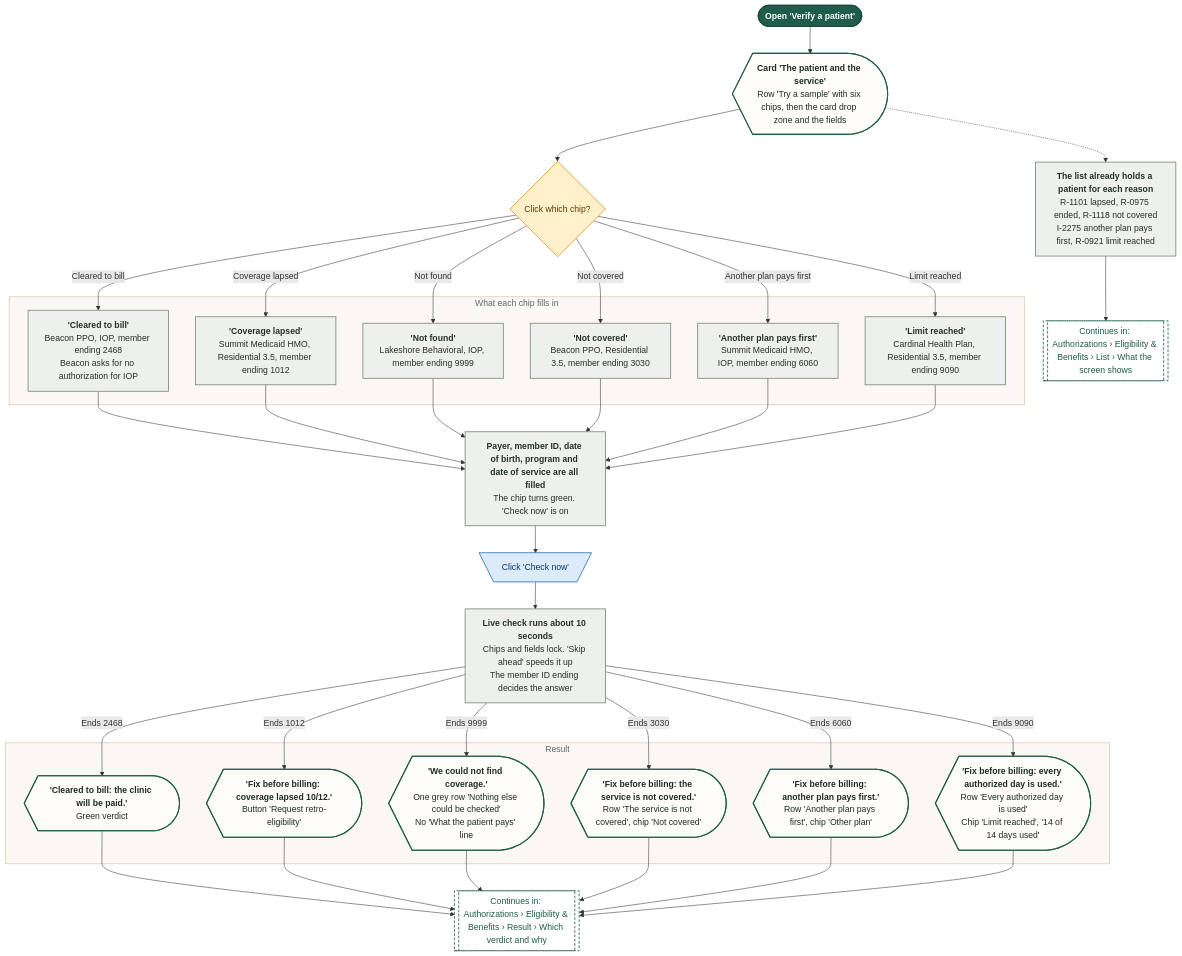
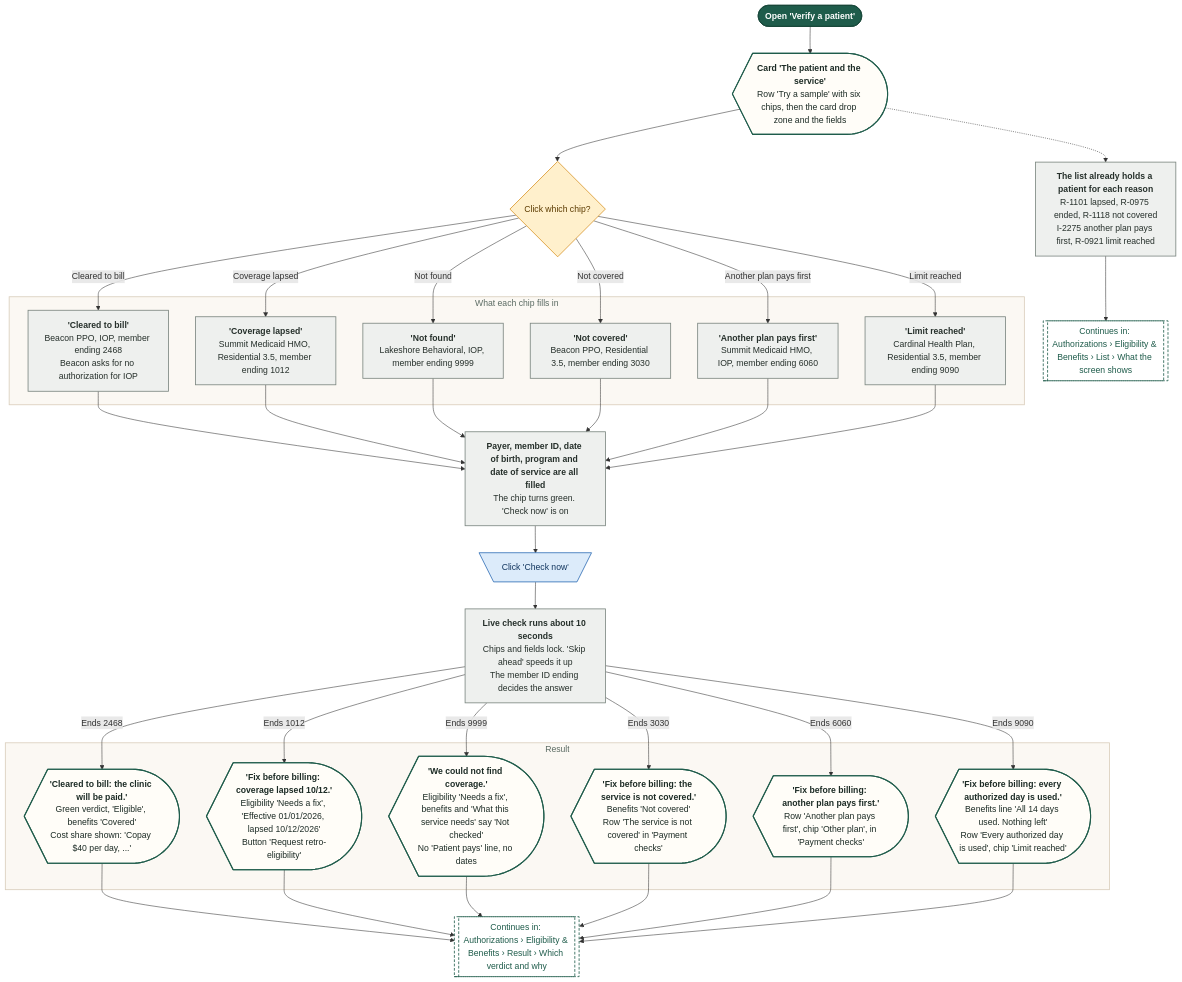
Before and after one commit to Shrav143/psyfloapp: the seventh of 22 diagrams in demos/prior-auth-demo/workflows/out/md/05-eligibility.md, drawn with Mermaid. The commit also changed other lines of this file and 192 other files, not shown here.

First line of the commit message:
docs: changelog by sidebar tab; README, diagrams and Settings layout aligned with the refinement; shared InfoTip; referral cost-share line

````diff
--- a/demos/prior-auth-demo/workflows/out/md/05-eligibility.md
+++ b/demos/prior-auth-demo/workflows/out/md/05-eligibility.md
@@ -430,69 +493,69 @@
 ```mermaid
 %%{init: {"theme":"base","themeVariables":{"fontFamily":"'DM Sans', 'Segoe UI', system-ui, sans-serif","fontSize":"15px","lineColor":"#5B6B63","primaryTextColor":"#1C2B25","clusterBkg":"#FBF8F3","clusterBorder":"#D9CDBB","edgeLabelBackground":"#FFFFFF"},"flowchart":{"curve":"basis","nodeSpacing":36,"rankSpacing":48,"padding":12,"htmlLabels":true,"useMaxWidth":false,"wrappingWidth":230}} }%%
 flowchart TD
   classDef k_start fill:#1F5C4B,stroke:#174638,color:#FFFFFF,stroke-width:1.5px,font-weight:600
   classDef k_end fill:#DDEFE3,stroke:#2E7D4F,color:#14502F,stroke-width:1.5px,font-weight:600
   classDef k_endx fill:#FBE3E0,stroke:#C0392B,color:#7A1F16,stroke-width:1.5px,font-weight:600
   classDef k_screen fill:#FFFDF8,stroke:#1F5C4B,color:#1C2B25,stroke-width:2px
   classDef k_overlay fill:#F1F7F3,stroke:#1F5C4B,color:#1C2B25,stroke-width:2px,stroke-dasharray:5 3
   classDef k_click fill:#DCEBFA,stroke:#2F6DB5,color:#12365F,stroke-width:1.5px
   classDef k_input fill:#E4E7FF,stroke:#4C5FD5,color:#1D2670,stroke-width:1.5px
   classDef k_process fill:#EEF0EE,stroke:#7A857F,color:#26302B,stroke-width:1.5px
   classDef k_agent fill:#EEE5FA,stroke:#7A4FC2,color:#341A63,stroke-width:1.5px
   classDef k_decision fill:#FFF0CC,stroke:#D9962B,color:#5C3B00,stroke-width:1.5px
   classDef k_store fill:#D5F0EA,stroke:#1C8E7B,color:#0B4A3F,stroke-width:1.5px
   classDef k_doc fill:#F6E9DC,stroke:#B07A4C,color:#4A2E14,stroke-width:1.5px
   classDef k_ext fill:#FFE6D2,stroke:#E07B39,color:#6B2F06,stroke-width:1.5px
   classDef k_wait fill:#E4E8EE,stroke:#6B7C93,color:#26303D,stroke-width:1.5px
   classDef k_toast fill:#FFF9DB,stroke:#C9A400,color:#5A4A00,stroke-width:1.5px
   classDef k_goto fill:#FFFFFF,stroke:#1F5C4B,color:#1F5C4B,stroke-width:1.5px,stroke-dasharray:5 3
   s1@{ shape: stadium, label: "Open 'Verify a patient'" }
   sc@{ shape: curv-trap, label: "<b>Card 'The patient and the service'</b><br/>Row 'Try a sample' with six chips, then the card drop zone and the fields" }
   q1@{ shape: diam, label: "Click which chip?" }
   subgraph gPick ["What each chip fills in"]
   p1@{ shape: rect, label: "<b>'Cleared to bill'</b><br/>Beacon PPO, IOP, member ending 2468<br/>Beacon asks for no authorization for IOP" }
   p2@{ shape: rect, label: "<b>'Coverage lapsed'</b><br/>Summit Medicaid HMO, Residential 3.5, member ending 1012" }
   p3@{ shape: rect, label: "<b>'Not found'</b><br/>Lakeshore Behavioral, IOP, member ending 9999" }
   p4@{ shape: rect, label: "<b>'Not covered'</b><br/>Beacon PPO, Residential 3.5, member ending 3030" }
   p5@{ shape: rect, label: "<b>'Another plan pays first'</b><br/>Summit Medicaid HMO, IOP, member ending 6060" }
   p6@{ shape: rect, label: "<b>'Limit reached'</b><br/>Cardinal Health Plan, Residential 3.5, member ending 9090" }
   end
   pf@{ shape: rect, label: "<b>Payer, member ID, date of birth, program and date of service are all filled</b><br/>The chip turns green. 'Check now' is on" }
   c1@{ shape: trap-t, label: "Click 'Check now'" }
   ck@{ shape: rect, label: "<b>Live check runs about 10 seconds</b><br/>Chips and fields lock. 'Skip ahead' speeds it up<br/>The member ID ending decides the answer" }
   subgraph gRes ["Result"]
-  r1@{ shape: curv-trap, label: "<b>'Cleared to bill: the clinic will be paid.'</b><br/>Green verdict" }
-  r2@{ shape: curv-trap, label: "<b>'Fix before billing: coverage lapsed 10/12.'</b><br/>Button 'Request retro-eligibility'" }
-  r3@{ shape: curv-trap, label: "<b>'We could not find coverage.'</b><br/>One grey row 'Nothing else could be checked'<br/>No 'What the patient pays' line" }
-  r4@{ shape: curv-trap, label: "<b>'Fix before billing: the service is not covered.'</b><br/>Row 'The service is not covered', chip 'Not covered'" }
-  r5@{ shape: curv-trap, label: "<b>'Fix before billing: another plan pays first.'</b><br/>Row 'Another plan pays first', chip 'Other plan'" }
-  r6@{ shape: curv-trap, label: "<b>'Fix before billing: every authorized day is used.'</b><br/>Row 'Every authorized day is used'<br/>Chip 'Limit reached', '14 of 14 days used'" }
+  r1@{ shape: curv-trap, label: "<b>'Cleared to bill: the clinic will be paid.'</b><br/>Green verdict, 'Eligible', benefits 'Covered'<br/>Cost share shown: 'Copay $40 per day, ...'" }
+  r2@{ shape: curv-trap, label: "<b>'Fix before billing: coverage lapsed 10/12.'</b><br/>Eligibility 'Needs a fix', 'Effective 01/01/2026, lapsed 10/12/2026'<br/>Button 'Request retro-eligibility'" }
+  r3@{ shape: curv-trap, label: "<b>'We could not find coverage.'</b><br/>Eligibility 'Needs a fix', benefits and 'What this service needs' say 'Not checked'<br/>No 'Patient pays' line, no dates" }
+  r4@{ shape: curv-trap, label: "<b>'Fix before billing: the service is not covered.'</b><br/>Benefits 'Not covered'<br/>Row 'The service is not covered' in 'Payment checks'" }
+  r5@{ shape: curv-trap, label: "<b>'Fix before billing: another plan pays first.'</b><br/>Row 'Another plan pays first', chip 'Other plan', in 'Payment checks'" }
+  r6@{ shape: curv-trap, label: "<b>'Fix before billing: every authorized day is used.'</b><br/>Benefits line 'All 14 days used. Nothing left'<br/>Row 'Every authorized day is used', chip 'Limit reached'" }
   end
   sd@{ shape: rect, label: "<b>The list already holds a patient for each reason</b><br/>R-1101 lapsed, R-0975 ended, R-1118 not covered<br/>I-2275 another plan pays first, R-0921 limit reached" }
   g1@{ shape: subproc, label: "Continues in: Authorizations › Eligibility & Benefits › Result › Which verdict and why" }
   g2@{ shape: subproc, label: "Continues in: Authorizations › Eligibility & Benefits › List › What the screen shows" }
   s1 --> sc --> q1
   q1 -->|"Cleared to bill"| p1 --> pf
   q1 -->|"Coverage lapsed"| p2 --> pf
   q1 -->|"Not found"| p3 --> pf
   q1 -->|"Not covered"| p4 --> pf
   q1 -->|"Another plan pays first"| p5 --> pf
   q1 -->|"Limit reached"| p6 --> pf
   pf --> c1 --> ck
   ck -->|"Ends 2468"| r1
   ck -->|"Ends 1012"| r2
   ck -->|"Ends 9999"| r3
   ck -->|"Ends 3030"| r4
   ck -->|"Ends 6060"| r5
   ck -->|"Ends 9090"| r6
   r1 & r2 & r3 & r4 & r5 & r6 --> g1
   sc -.-> sd --> g2
   class s1 k_start
   class sc,r1,r2,r3,r4,r5,r6 k_screen
   class q1 k_decision
   class p1,p2,p3,p4,p5,p6,pf,ck,sd k_process
   class c1 k_click
   class g1,g2 k_goto
   style gPick fill:#FBF8F3,stroke:#D9CDBB,stroke-width:1.5px,color:#5B6B63
   style gRes fill:#FBF8F3,stroke:#D9CDBB,stroke-width:1.5px,color:#5B6B63
 ```
````
